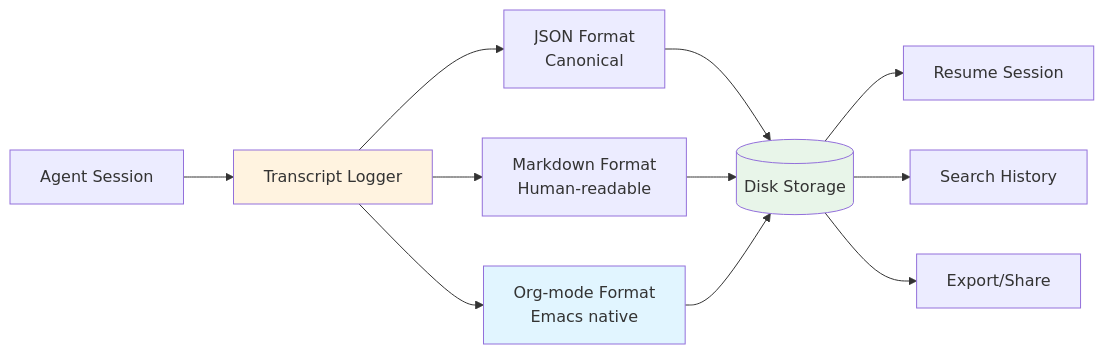
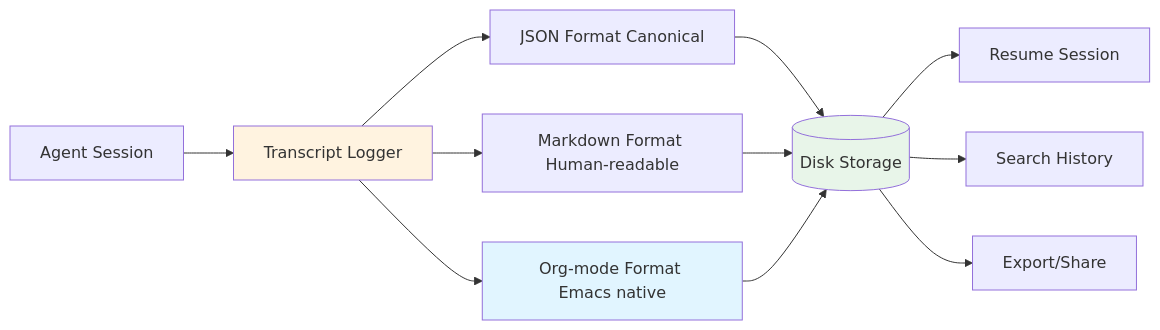
One commit to softwarewrighter/emacs-agent changed the first of 2 diagrams in wiki/Transcript-Management.md. Above: the diagram before and after it, drawn with Mermaid. The commit also changed 7 other files, not shown here.

First line of the commit message:
Fix wiki Mermaid diagrams: remove <br/> tags

````diff
--- a/wiki/Transcript-Management.md
+++ b/wiki/Transcript-Management.md
@@ -14,20 +14,20 @@
 ```mermaid
 graph LR
     SESSION[Agent Session] --> LOGGER[Transcript Logger]
 
-    LOGGER --> JSON[JSON Format<br/>Canonical]
-    LOGGER --> MD[Markdown Format<br/>Human-readable]
-    LOGGER --> ORG[Org-mode Format<br/>Emacs native]
+    LOGGER --> JSON[JSON Format Canonical]
+    LOGGER --> MD[Markdown Format Human-readable]
+    LOGGER --> ORG[Org-mode Format Emacs native]
 
     JSON --> DISK[(Disk Storage)]
     MD --> DISK
     ORG --> DISK
 
     DISK --> RESUME[Resume Session]
     DISK --> SEARCH[Search History]
     DISK --> EXPORT[Export/Share]
 
     style LOGGER fill:#fff3e0
     style DISK fill:#e8f5e9
     style ORG fill:#e1f5ff
 ```
````
